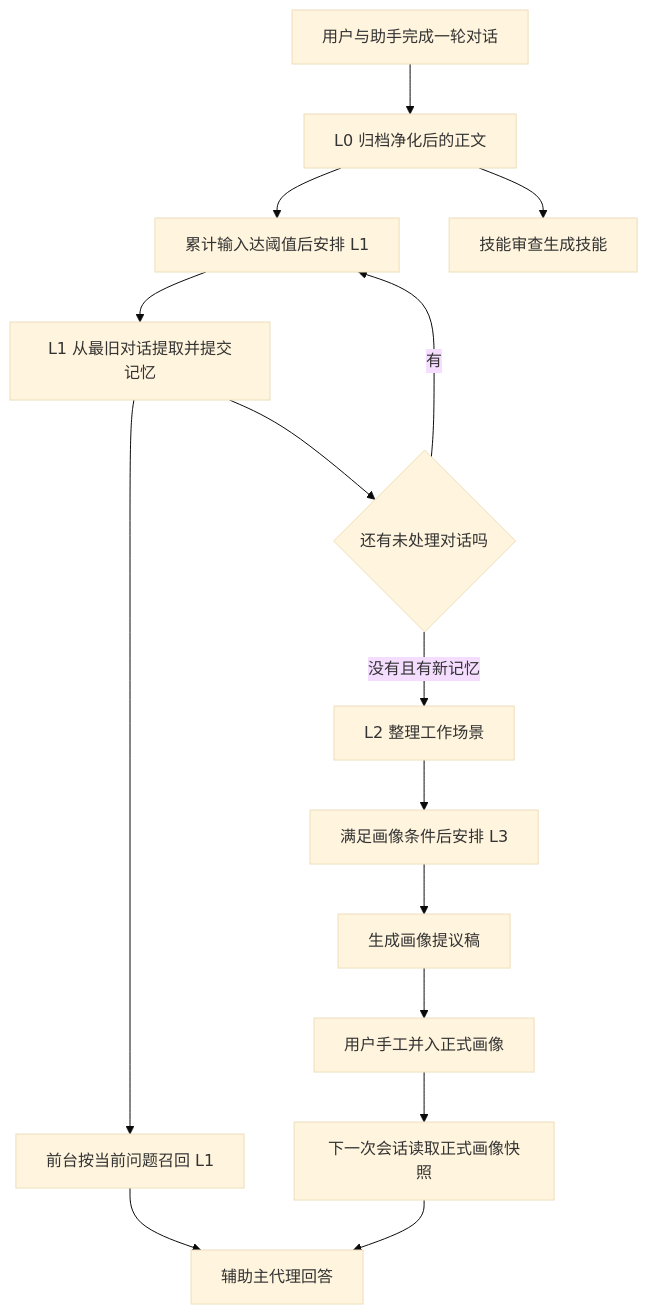
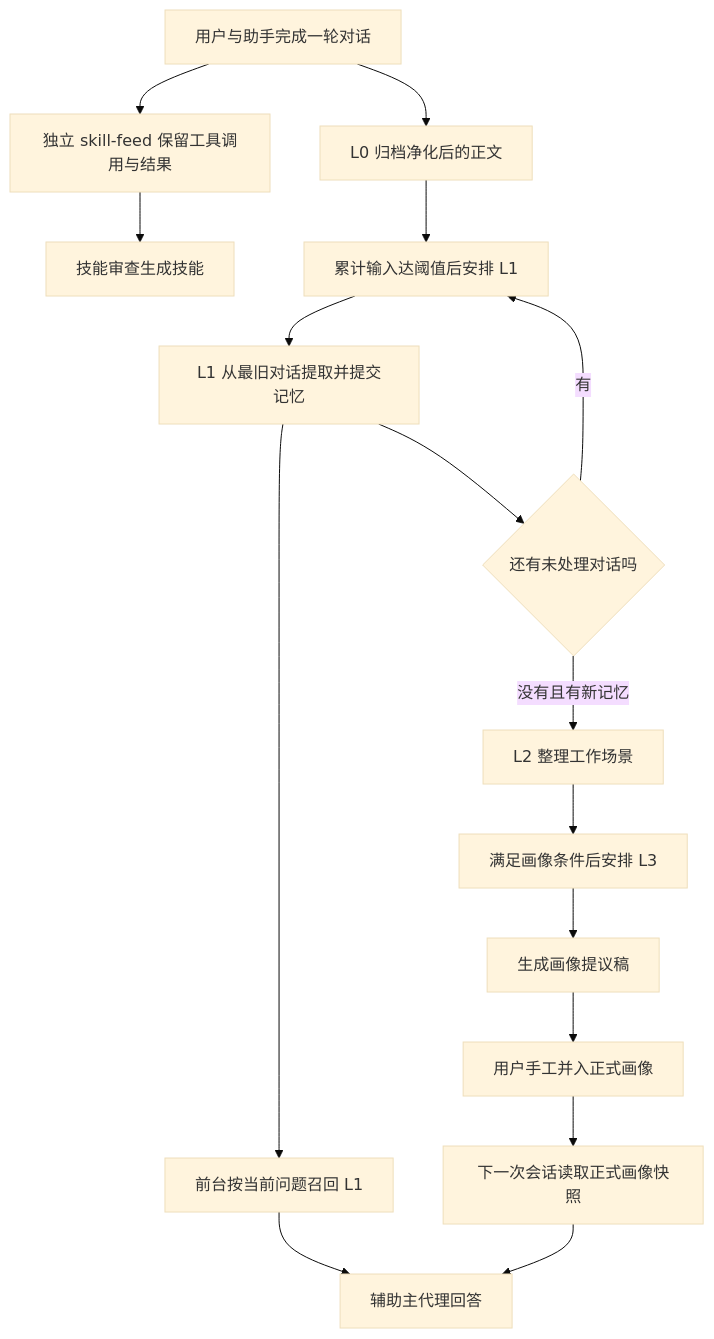
The first of 7 diagrams in 记忆系统架构说明.md (yinwenyuan28-afk/pi-memory-system), drawn with Mermaid (base theme) before and after one commit. The commit also changed other lines of this file, not shown here.

````diff
--- a/记忆系统架构说明.md
+++ b/记忆系统架构说明.md
@@ -40,17 +40,18 @@
 ```mermaid
 flowchart TD
     A[用户与助手完成一轮对话] --> B[L0 归档净化后的正文]
+    A --> M[独立 skill-feed 保留工具调用与结果]
+    M --> N[技能审查生成技能]
     B --> C[累计输入达阈值后安排 L1]
     C --> D[L1 从最旧对话提取并提交记忆]
     D --> E{还有未处理对话吗}
     E -->|有| C
     E -->|没有且有新记忆| F[L2 整理工作场景]
     F --> G[满足画像条件后安排 L3]
     G --> H[生成画像提议稿]
     H --> I[用户手工并入正式画像]
     D --> J[前台按当前问题召回 L1]
     I --> K[下一次会话读取正式画像快照]
     J --> L[辅助主代理回答]
     K --> L
-    B --> M[技能审查生成技能]
 ```
````
